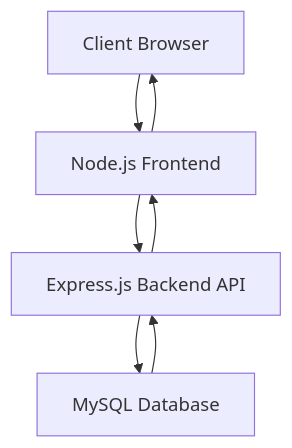
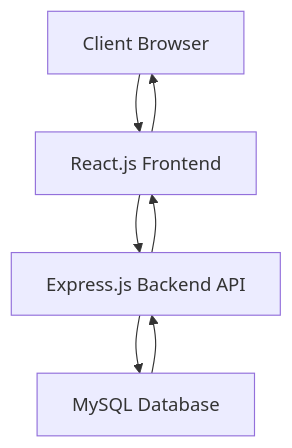
One commit to rendyuwu/todo changed the diagram in ARCHITECTURE.md. Above: the diagram before and after it, drawn with Mermaid. The commit also changed other lines of this file and 42 other files, not shown here.

First line of the commit message:
feat(frontend): migrate from vanilla JS to React.js with modern architecture

````diff
--- a/ARCHITECTURE.md
+++ b/ARCHITECTURE.md
@@ -95,9 +99,9 @@
 ```mermaid
 graph TD
-    A[Client Browser] --> B[Node.js Frontend]
+    A[Client Browser] --> B[React.js Frontend]
     B --> C[Express.js Backend API]
     C --> D[MySQL Database]
     D --> C
     C --> B
     B --> A
 ```
````
